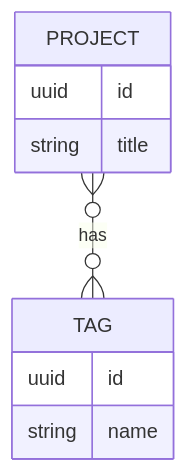
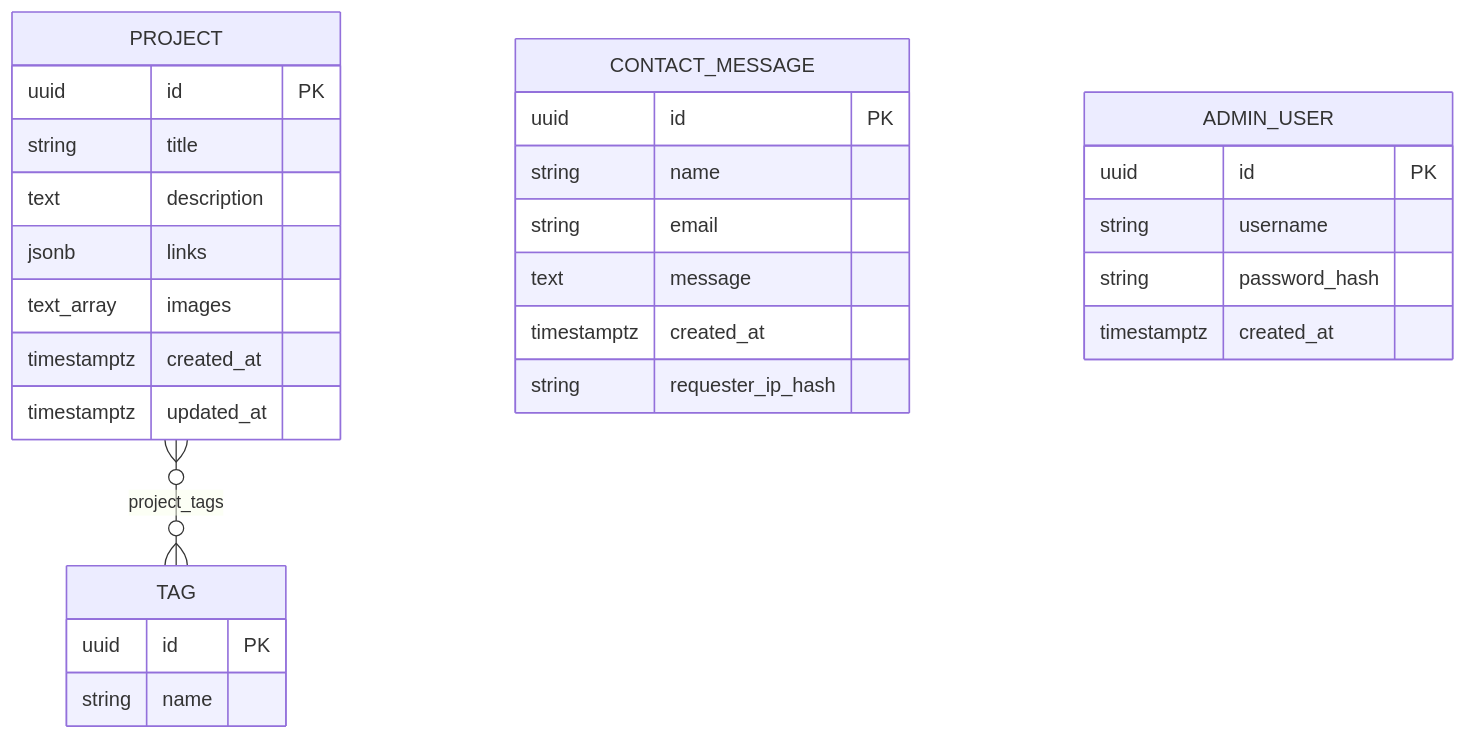
One commit to tarka1939/My_Site changed the first of 2 diagrams in docs/DATA_MODEL.md. Above: the diagram before and after it, drawn with Mermaid. The commit also changed other lines of this file and 2 other files, not shown here.

First line of the commit message:
Finalize core data model: UUID PKs, URL-array images, jsonb links

````diff
--- a/docs/DATA_MODEL.md
+++ b/docs/DATA_MODEL.md
@@ -119,12 +131,31 @@
 ```mermaid
 erDiagram
-    PROJECT }o--o{ TAG : has
+    PROJECT }o--o{ TAG : "project_tags"
     PROJECT {
-        uuid id
+        uuid id PK
         string title
+        text description
+        jsonb links
+        text_array images
+        timestamptz created_at
+        timestamptz updated_at
     }
     TAG {
-        uuid id
+        uuid id PK
         string name
     }
+    CONTACT_MESSAGE {
+        uuid id PK
+        string name
+        string email
+        text message
+        timestamptz created_at
+        string requester_ip_hash
+    }
+    ADMIN_USER {
+        uuid id PK
+        string username
+        string password_hash
+        timestamptz created_at
+    }
 ```
````
